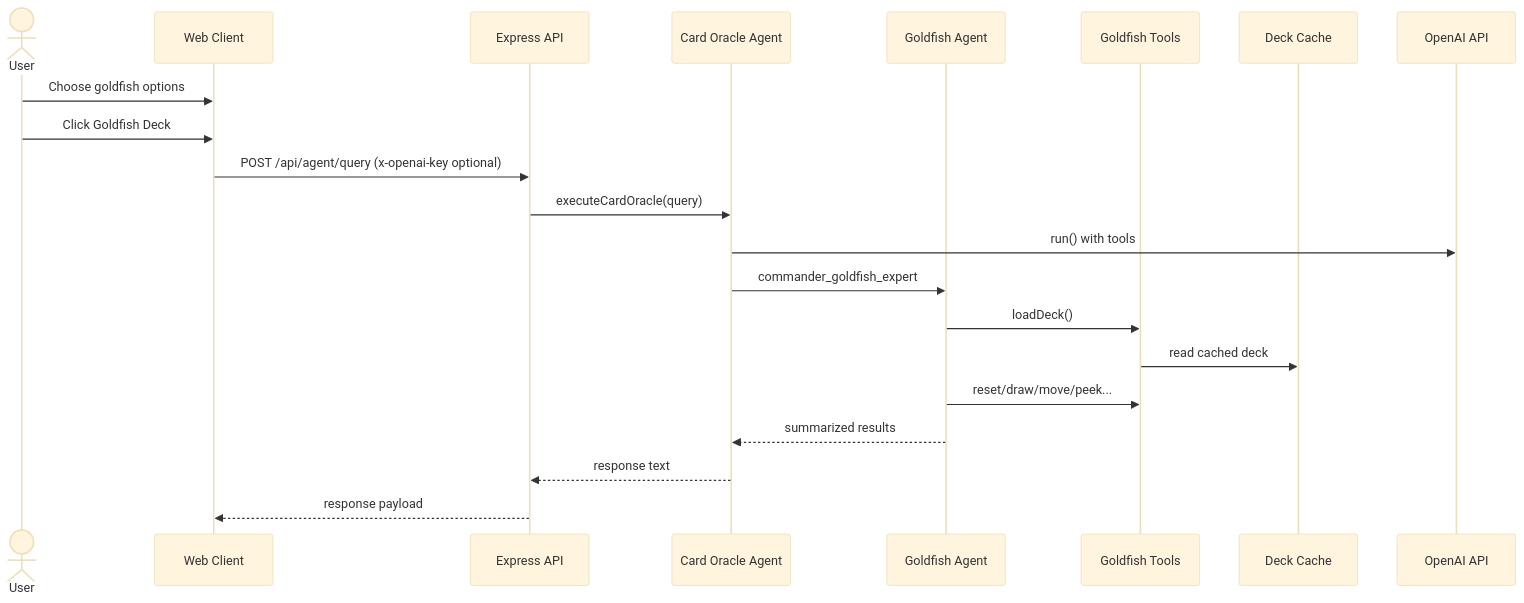
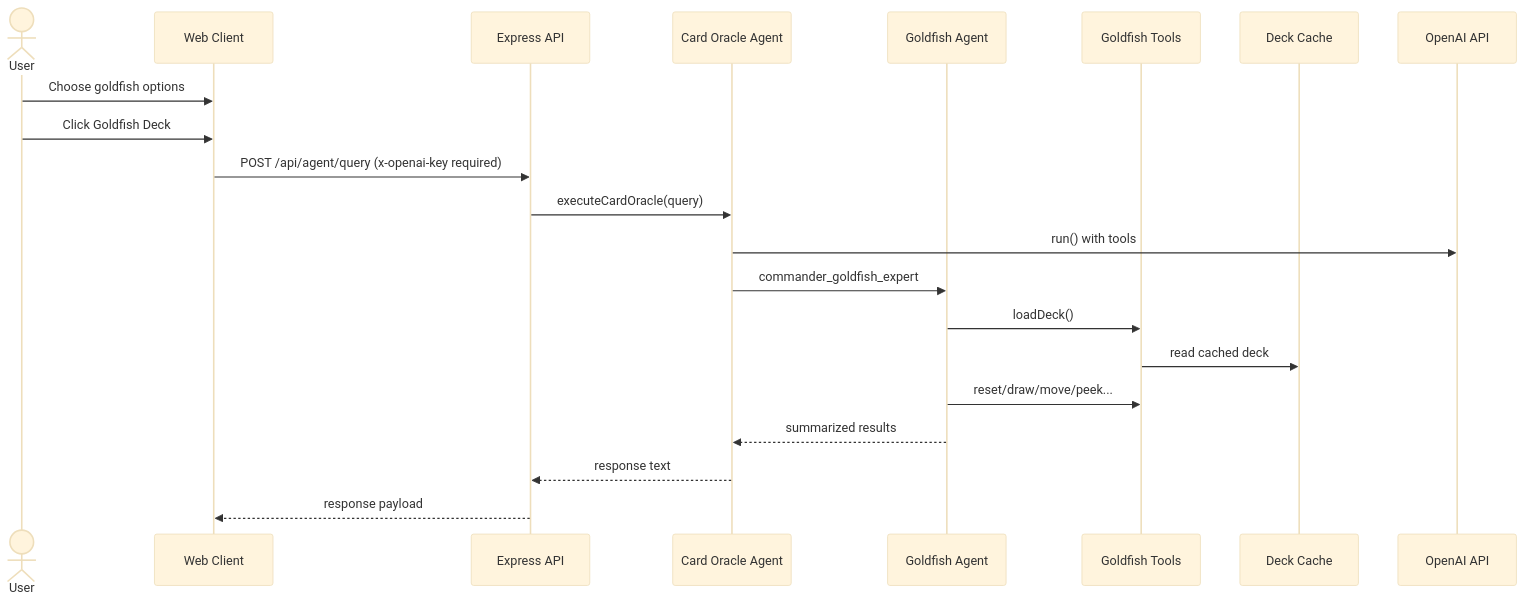
Before and after one commit to dougsaus/before-that-resolves: the second of 3 diagrams in docs/interaction.md, drawn with Mermaid (base theme). The commit also changed other lines of this file and 11 other files, not shown here.

````diff
--- a/docs/interaction.md
+++ b/docs/interaction.md
@@ -37,24 +37,24 @@
 ```mermaid
 sequenceDiagram
   actor User
   participant UI as Web Client
   participant API as Express API
   participant Agent as Card Oracle Agent
   participant SubAgent as Goldfish Agent
   participant Tools as Goldfish Tools
   participant Deck as Deck Cache
   participant OpenAI as OpenAI API
 
   User->>UI: Choose goldfish options
   User->>UI: Click Goldfish Deck
-  UI->>API: POST /api/agent/query (x-openai-key optional)
+  UI->>API: POST /api/agent/query (x-openai-key required)
   API->>Agent: executeCardOracle(query)
   Agent->>OpenAI: run() with tools
   Agent->>SubAgent: commander_goldfish_expert
   SubAgent->>Tools: loadDeck()
   Tools->>Deck: read cached deck
   SubAgent->>Tools: reset/draw/move/peek...
   SubAgent-->>Agent: summarized results
   Agent-->>API: response text
   API-->>UI: response payload
 ```
````
